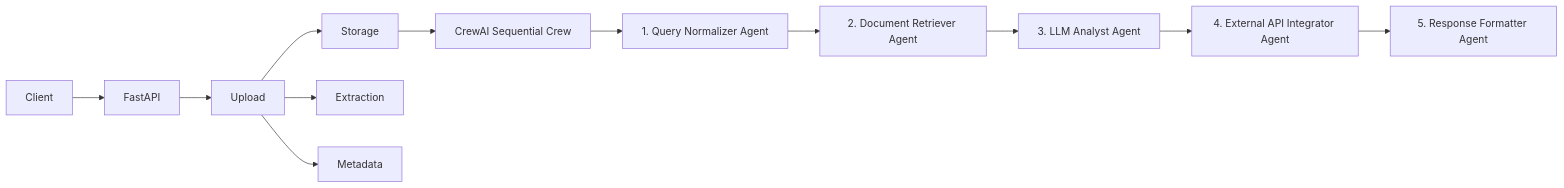
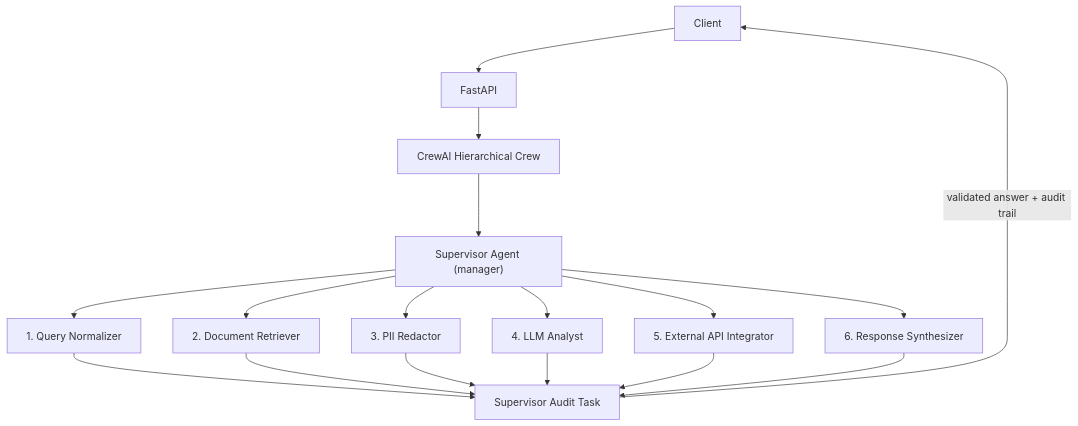
One commit to nithishgouds/BTP_Red_Teaming_CrewAI_hierarchical changed the second of 3 diagrams in README.md. Above: the diagram before and after it, drawn with Mermaid. The commit also changed other lines of this file, not shown here.

````diff
--- a/README.md
+++ b/README.md
@@ -34,14 +326,14 @@
 ```mermaid
-flowchart LR
+flowchart TD
     Client --> FastAPI
-    FastAPI --> Upload
-    Upload --> Storage
-    Upload --> Extraction
-    Upload --> Metadata
-    Storage --> CrewAI["CrewAI Sequential Crew"]
-    CrewAI --> A1["1. Query Normalizer Agent"]
-    A1 --> A2["2. Document Retriever Agent"]
-    A2 --> A3["3. LLM Analyst Agent"]
-    A3 --> A4["4. External API Integrator Agent"]
-    A4 --> A5["5. Response Formatter Agent"]
+    FastAPI --> HCrewAI["CrewAI Hierarchical Crew"]
+    HCrewAI --> SUP["Supervisor Agent (manager)"]
+    SUP --> A1["1. Query Normalizer"]
+    SUP --> A2["2. Document Retriever"]
+    SUP --> A3["3. PII Redactor"]
+    SUP --> A4["4. LLM Analyst"]
+    SUP --> A5["5. External API Integrator"]
+    SUP --> A6["6. Response Synthesizer"]
+    A1 & A2 & A3 & A4 & A5 & A6 --> AUDIT["Supervisor Audit Task"]
+    AUDIT -->|"validated answer + audit trail"| Client
 ```
````
